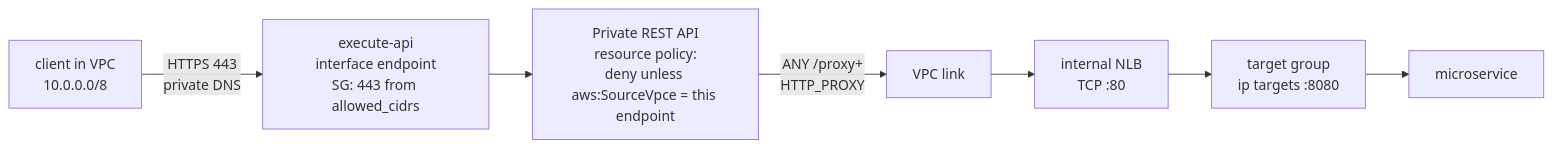
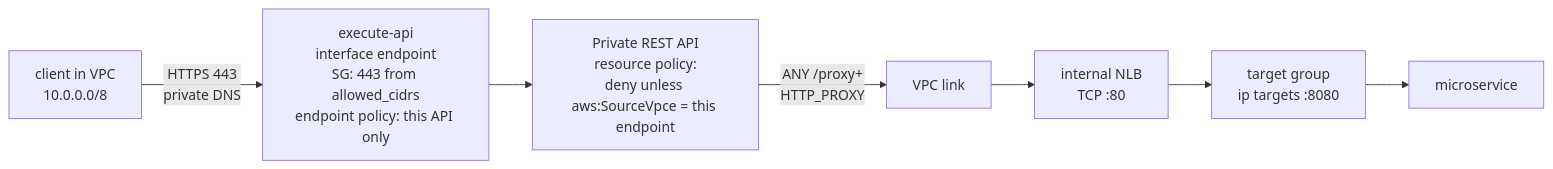
The diagram in README.md (zeinhaidara/40-terraform-private-api-gateway), drawn with Mermaid before and after one commit. The commit also changed other lines of this file and 4 other files, not shown here.

Commit message:
Add endpoint policy, policy guard and private CIDR check

````diff
--- a/README.md
+++ b/README.md
@@ -44,9 +52,9 @@
 ```mermaid
 flowchart LR
-    C[client in VPC<br/>10.0.0.0/8] -->|HTTPS 443<br/>private DNS| E[execute-api<br/>interface endpoint<br/>SG: 443 from allowed_cidrs]
+    C[client in VPC<br/>10.0.0.0/8] -->|HTTPS 443<br/>private DNS| E[execute-api<br/>interface endpoint<br/>SG: 443 from allowed_cidrs<br/>endpoint policy: this API only]
     E --> API[Private REST API<br/>resource policy:<br/>deny unless aws:SourceVpce = this endpoint]
     API -->|ANY /proxy+<br/>HTTP_PROXY| VL[VPC link]
     VL --> NLB[internal NLB<br/>TCP :80]
     NLB --> TG[target group<br/>ip targets :8080]
     TG --> S[microservice]
 ```
````
